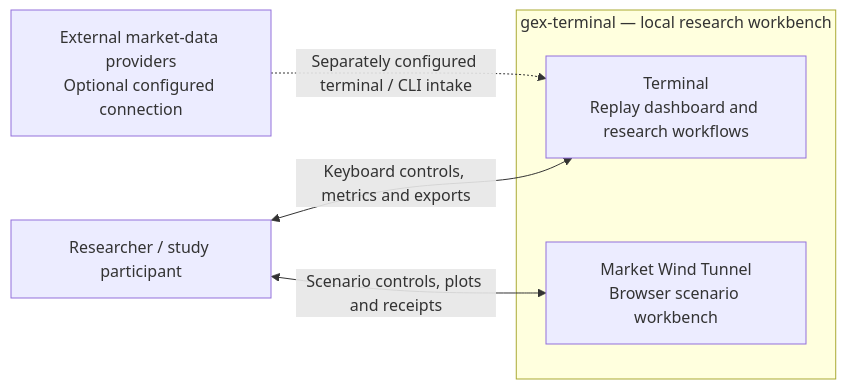
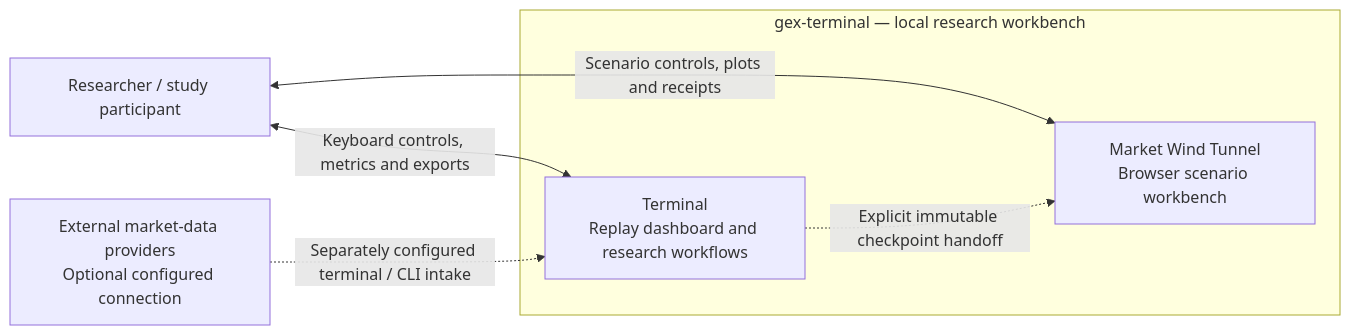
One commit to zrack/gex-terminal changed the first of 4 diagrams in docs/architecture.md. Above: the diagram before and after it, drawn with Mermaid. The commit also changed other lines of this file and 26 other files, not shown here.

Commit message:
Add immutable Terminal checkpoint handoff to Wind Tunnel

````diff
--- a/docs/architecture.md
+++ b/docs/architecture.md
@@ -31,12 +35,13 @@
 ```mermaid
 flowchart LR
     researcher["Researcher / study participant"]
     subgraph workbench["gex-terminal — local research workbench"]
         terminal["Terminal<br/>Replay dashboard and research workflows"]
         wind["Market Wind Tunnel<br/>Browser scenario workbench"]
     end
     providers["External market-data providers<br/>Optional configured connection"]
     researcher <-->|Keyboard controls, metrics and exports| terminal
     researcher <-->|Scenario controls, plots and receipts| wind
+    terminal -.->|Explicit immutable checkpoint handoff| wind
     providers -.->|Separately configured terminal / CLI intake| terminal
 ```
````
